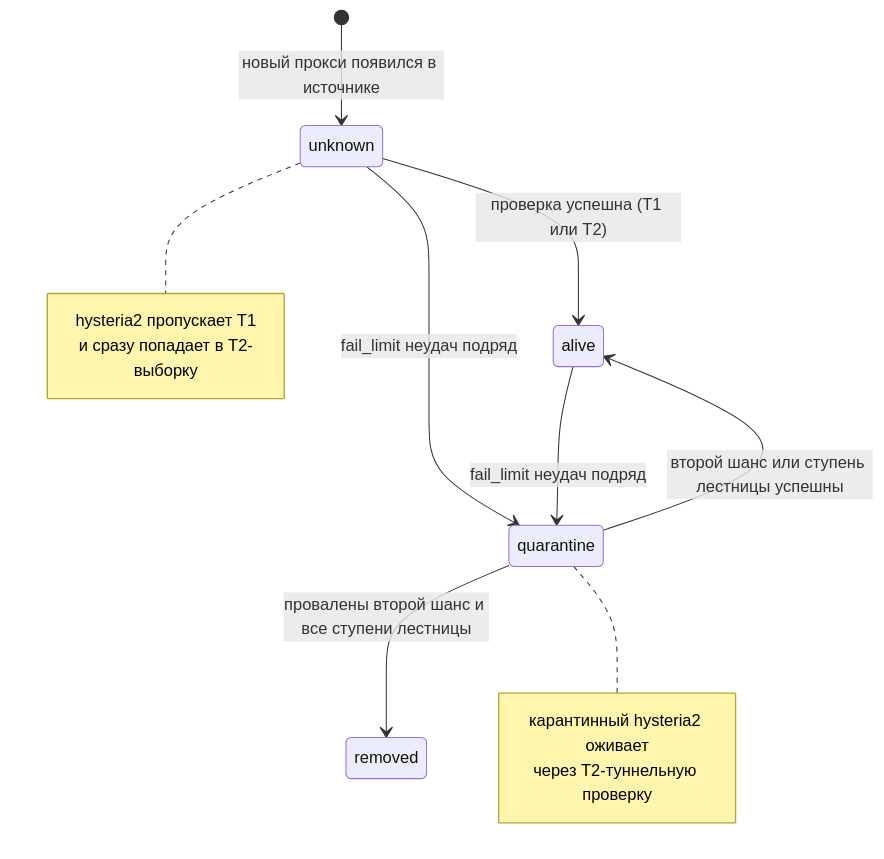
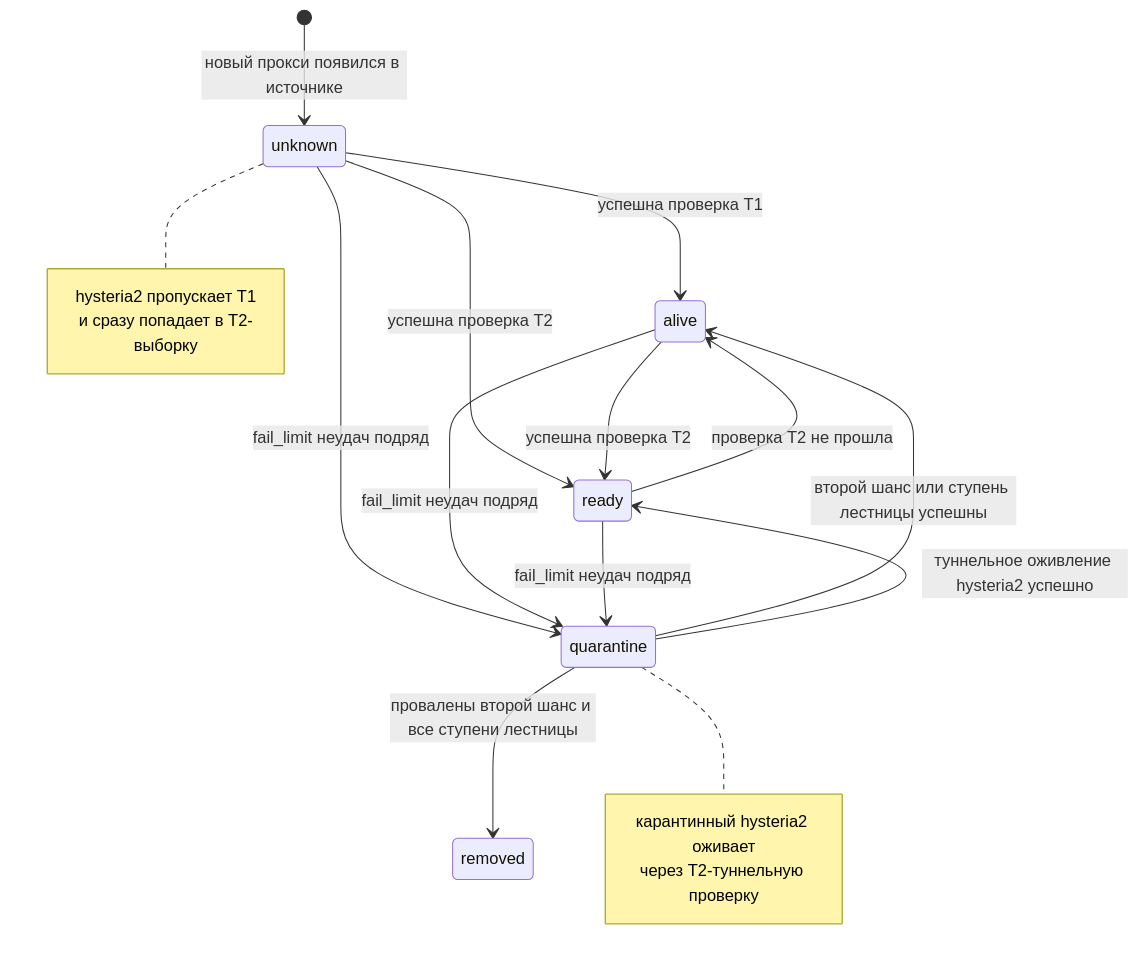
One commit to Viktor45/fumox changed the second of 2 diagrams in USERGUIDE.ru.md. Above: the diagram before and after it, drawn with Mermaid. The commit also changed other lines of this file and 4 other files, not shown here.

````diff
--- a/USERGUIDE.ru.md
+++ b/USERGUIDE.ru.md
@@ -960,17 +960,22 @@
 ```mermaid
 stateDiagram-v2
     [*] --> unknown : новый прокси появился в источнике
-    unknown --> alive : проверка успешна (T1 или T2)
+    unknown --> alive : успешна проверка T1
+    unknown --> ready : успешна проверка T2
+    alive --> ready : успешна проверка T2
+    ready --> alive : проверка T2 не прошла
     unknown --> quarantine : fail_limit неудач подряд
     alive --> quarantine : fail_limit неудач подряд
+    ready --> quarantine : fail_limit неудач подряд
     quarantine --> alive : второй шанс или ступень лестницы успешны
+    quarantine --> ready : туннельное оживление hysteria2 успешно
     quarantine --> removed : провалены второй шанс и все ступени лестницы
     note right of unknown
         hysteria2 пропускает T1
         и сразу попадает в T2-выборку
     end note
     note right of quarantine
         карантинный hysteria2 оживает
         через T2-туннельную проверку
     end note
 ```
````
